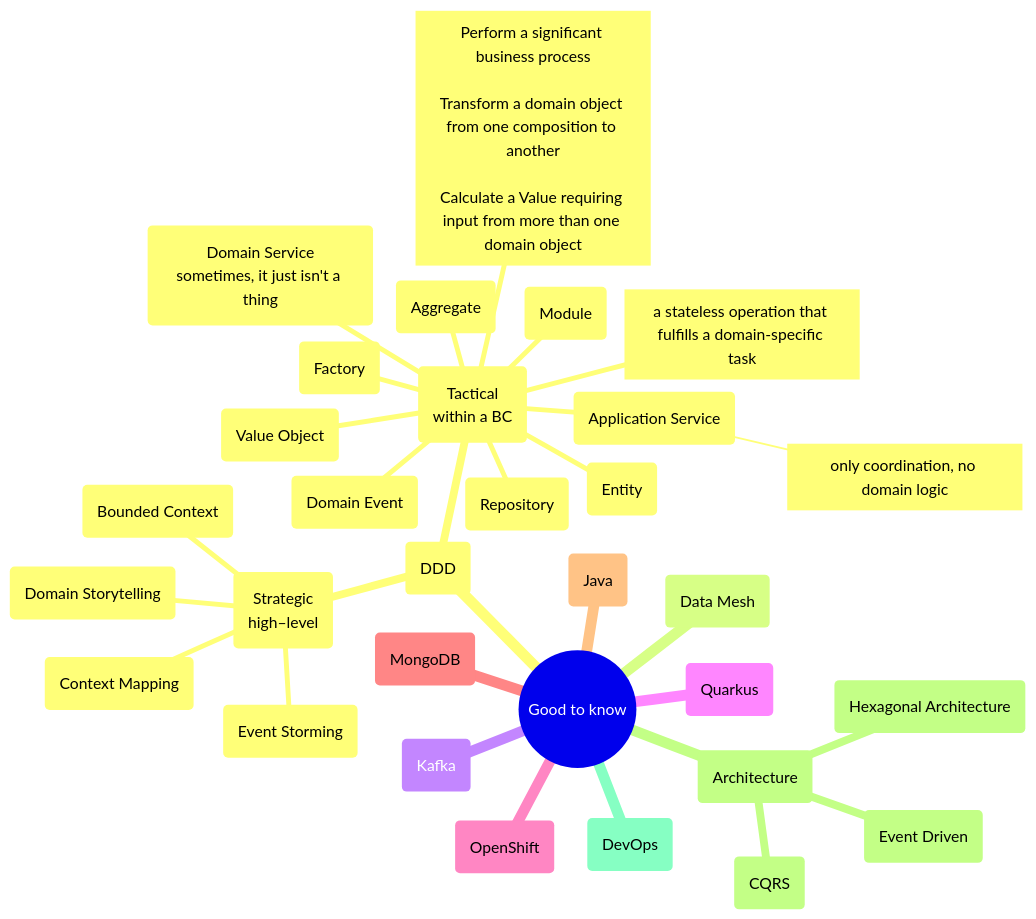
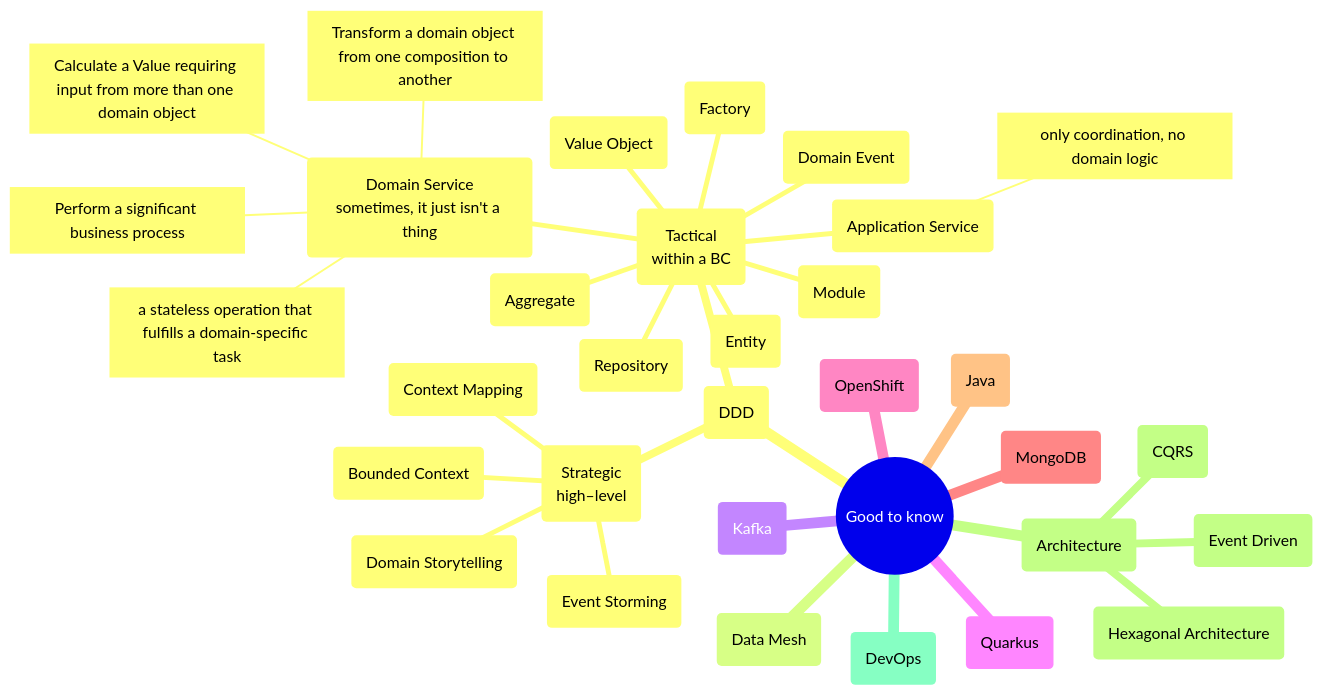
Before and after one commit to mhaspra/mindmaps: the diagram in README.md, drawn with Mermaid.

````diff
--- a/README.md
+++ b/README.md
@@ -2,36 +2,36 @@
 ```mermaid
  mindmap
   root((Good to know))
    (DDD)
     (Strategic<br>high–level)
      (Domain Storytelling)
      (Event Storming)
      (Context Mapping)
      (Bounded Context)
     (Tactical<br>within a BC)
      (Value Object)
      (Entity)
      (Aggregate)
      (Domain Service<br>sometimes, it just isn't a thing)
-     [a stateless operation that fulfills a domain-specific task]
-     [Perform a significant business process<br>
-      Transform a domain object from one composition to another<br>
-      Calculate a Value requiring input from more than one domain object]
+      [a stateless operation that fulfills a domain-specific task]
+      [Perform a significant business process]
+      [Transform a domain object from one composition to another]
+      [Calculate a Value requiring input from more than one domain object]
      (Domain Event)
      (Factory)
      (Repository)
      (Module)
      (Application Service)
       [only coordination, no domain logic]
    (Data Mesh)
    (Kafka)
    (Quarkus)
    (OpenShift)
    (MongoDB)
    (Java)
    (Architecture)
     (Hexagonal Architecture)
     (CQRS)
     (Event Driven)
    (DevOps)
 ```
````
